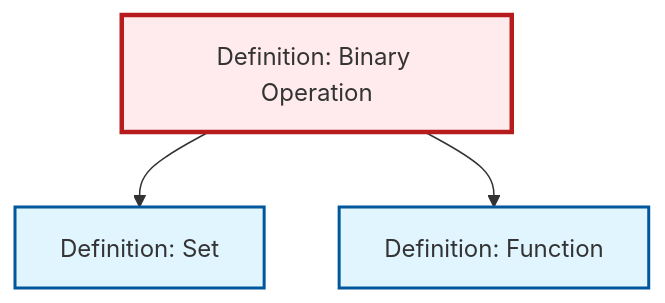
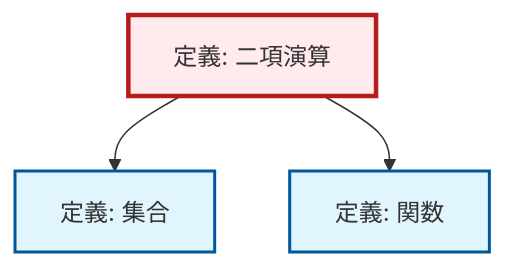
Before and after one commit to RK0429/ModernMath: the diagram in content/ja/algebra/def-binary-operation.qmd, drawn with Mermaid. The commit also changed 1069 other files, not shown here.

````diff
--- a/content/ja/algebra/def-binary-operation.qmd
+++ b/content/ja/algebra/def-binary-operation.qmd
@@ -61,17 +61,17 @@
 ```{mermaid}
 %%| fig-cap: "Local dependency graph"
 graph TD
     classDef definition fill:#e1f5fe,stroke:#01579b,stroke-width:2px
     classDef theorem fill:#f3e5f5,stroke:#4a148c,stroke-width:2px
     classDef axiom fill:#fff3e0,stroke:#e65100,stroke-width:2px
     classDef example fill:#e8f5e9,stroke:#1b5e20,stroke-width:2px
     classDef current fill:#ffebee,stroke:#b71c1c,stroke-width:3px
-    def-set["Definition: Set"]:::definition
-    def-binary-operation["Definition: Binary Operation"]:::definition
-    def-function["Definition: Function"]:::definition
+    def-function["定義: 関数"]:::definition
+    def-binary-operation["定義: 二項演算"]:::definition
+    def-set["定義: 集合"]:::definition
     def-binary-operation --> def-set
     def-binary-operation --> def-function
     class def-binary-operation current
-    click def-set "def-set.html" "Definition: Setへ"
-    click def-function "def-function.html" "Definition: Functionへ"
+    click def-function "def-function.html" "関数の定義へ"
+    click def-set "def-set.html" "集合の定義へ"
 ```
````
